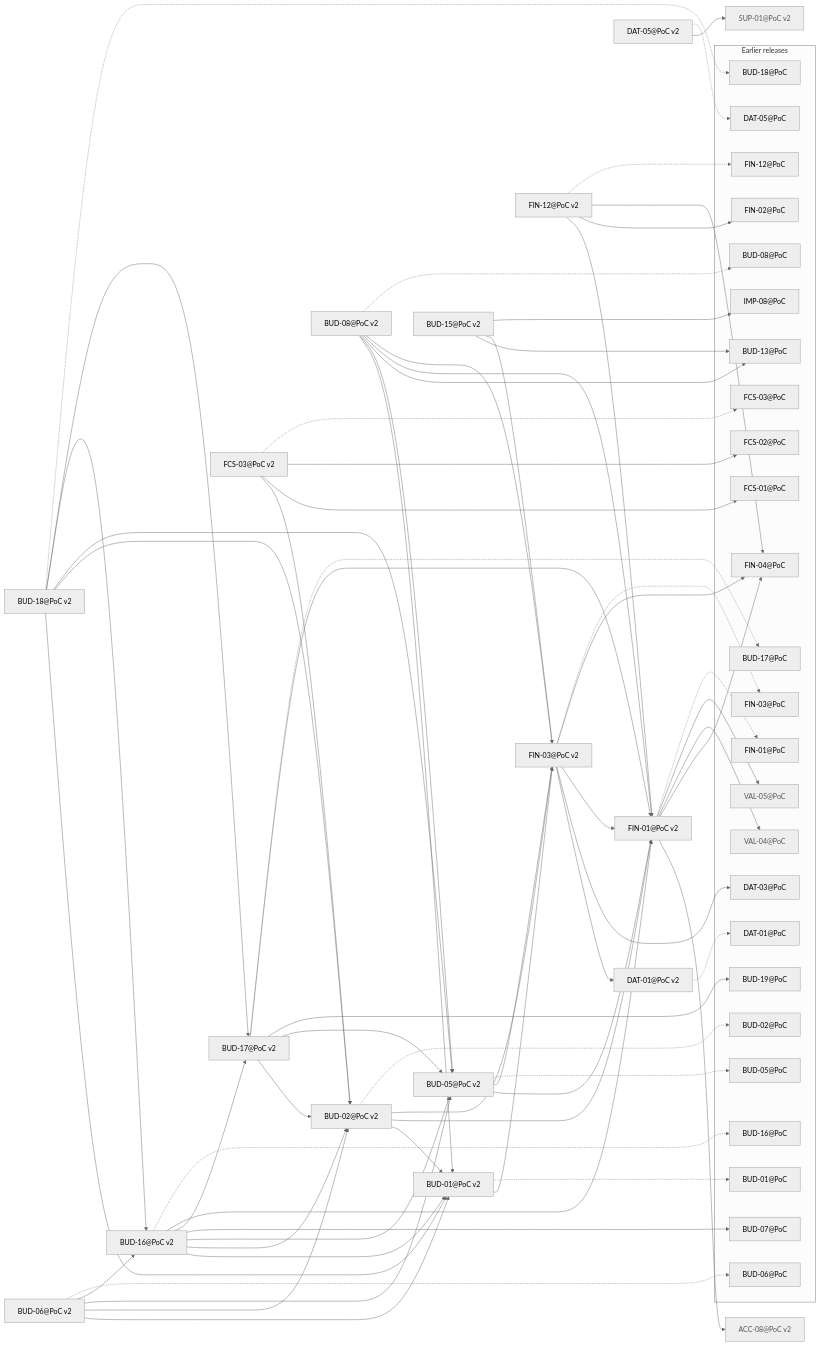
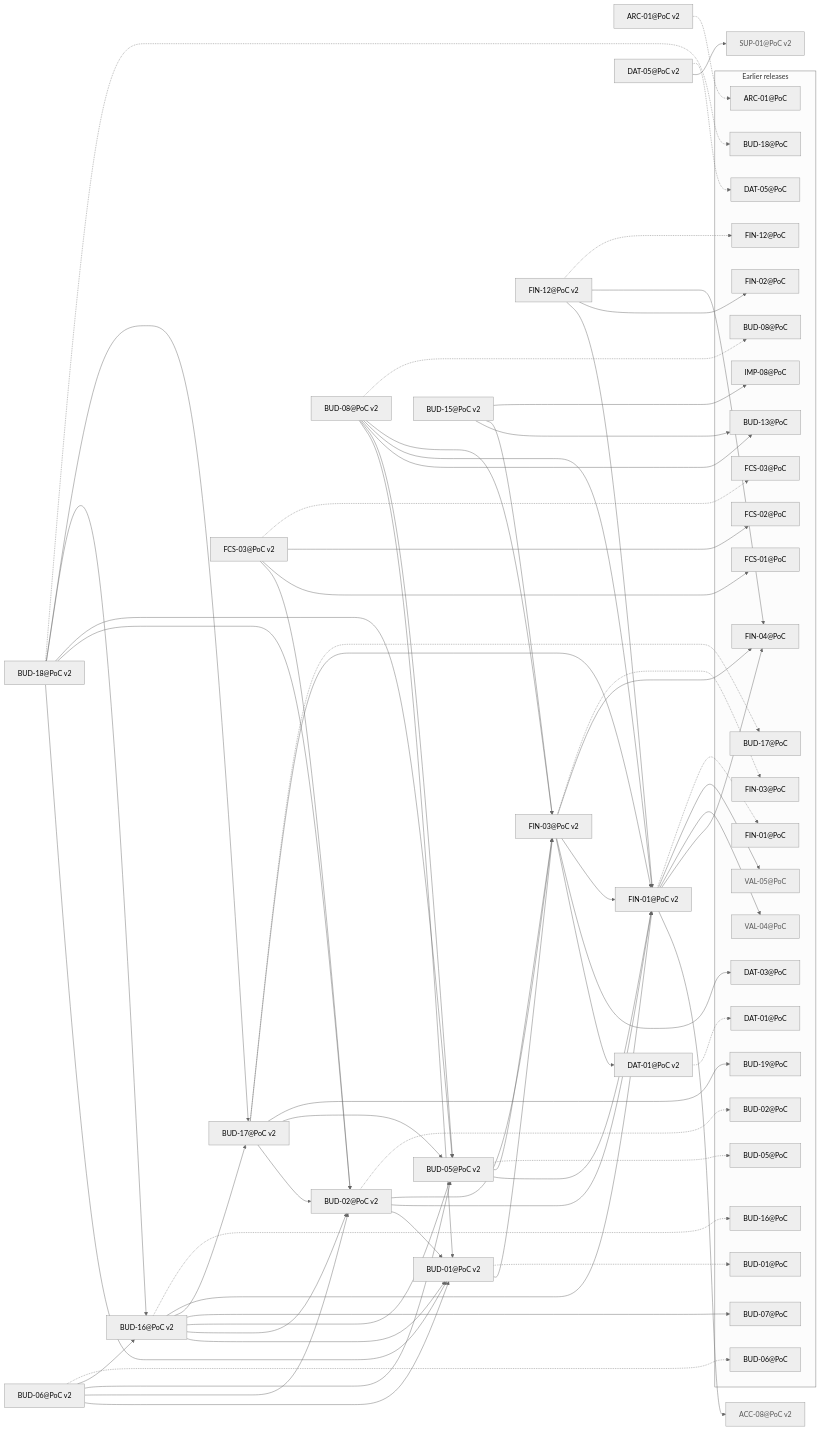
One commit to minakovval/Willowsum changed the diagram in docs/traceability/release-poc-v2.md. Above: the diagram before and after it, drawn with Mermaid (neutral theme). The commit also changed other lines of this file and 37 other files, not shown here.

````diff
--- a/docs/traceability/release-poc-v2.md
+++ b/docs/traceability/release-poc-v2.md
@@ -31,6 +32,7 @@
 ```mermaid
 flowchart LR
   ACC_08_PoC_v2["ACC-08@PoC v2"]
+  ARC_01_PoC_v2["ARC-01@PoC v2"]
   BUD_01_PoC_v2["BUD-01@PoC v2"]
   BUD_02_PoC_v2["BUD-02@PoC v2"]
   BUD_05_PoC_v2["BUD-05@PoC v2"]
@@ -48,6 +50,7 @@
   FIN_12_PoC_v2["FIN-12@PoC v2"]
   SUP_01_PoC_v2["SUP-01@PoC v2"]
   subgraph earlier["Earlier releases"]
+    ARC_01_PoC["ARC-01@PoC"]
     BUD_01_PoC["BUD-01@PoC"]
     BUD_02_PoC["BUD-02@PoC"]
     BUD_05_PoC["BUD-05@PoC"]
@@ -74,6 +77,7 @@
     VAL_04_PoC["VAL-04@PoC"]
     VAL_05_PoC["VAL-05@PoC"]
   end
+  ARC_01_PoC_v2 -.-> ARC_01_PoC
   BUD_01_PoC_v2 --> FIN_03_PoC_v2
   BUD_01_PoC_v2 -.-> BUD_01_PoC
   BUD_02_PoC_v2 --> BUD_01_PoC_v2
````
